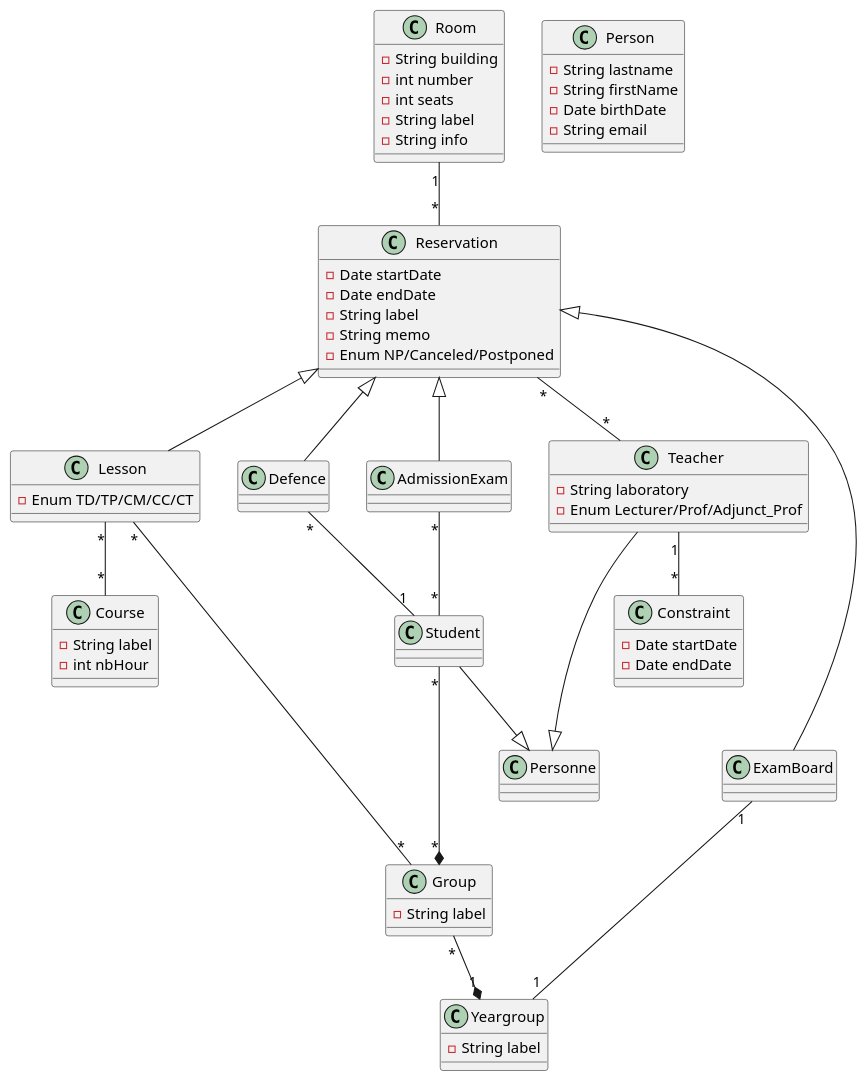
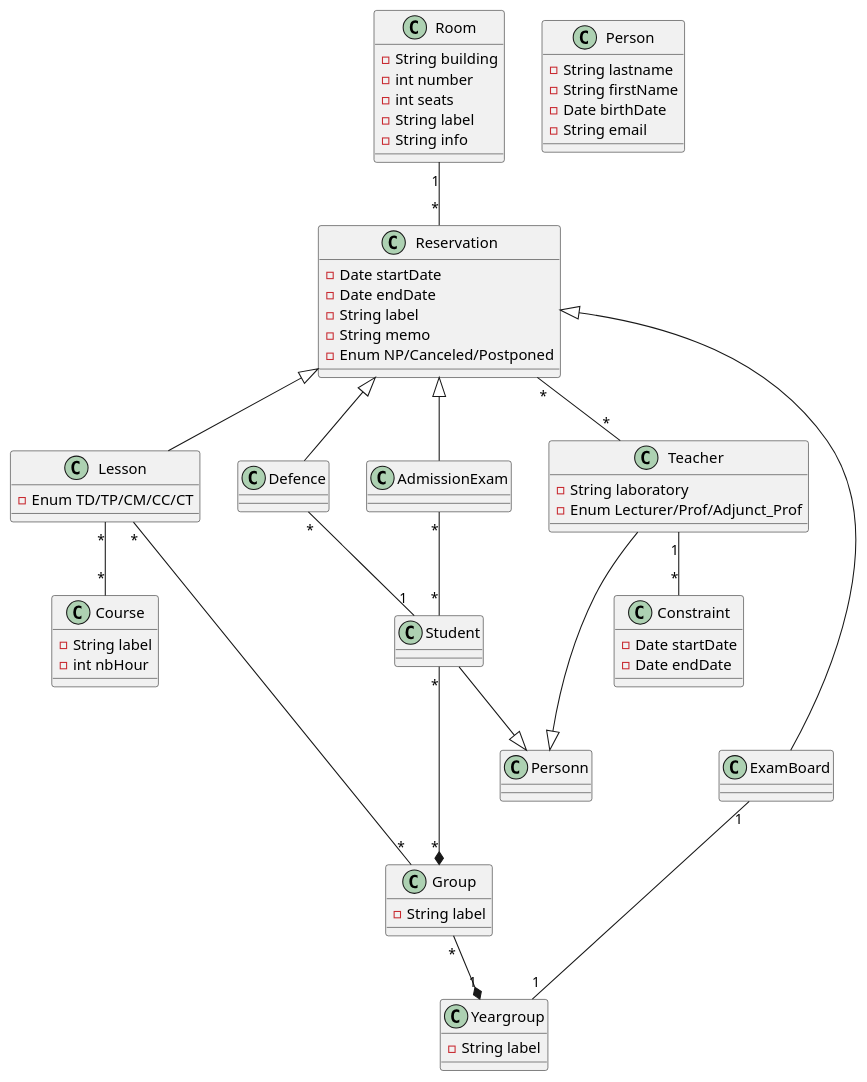
One commit to El-Sashok/UltraPlanning changed the diagram in ClassDiagram.iuml. Above: the diagram before and after it, drawn with PlantUML.

```diff
--- a/ClassDiagram.iuml
+++ b/ClassDiagram.iuml
@@ -1,91 +1,91 @@
 @startuml
 
 class Room {
     -String building
     -int number
     -int seats
     -String label
     -String info
 }
 
 class Lesson {
     -Enum TD/TP/CM/CC/CT
 }
 
 class Person {
     -String lastname
     -String firstName
     -Date birthDate
     -String email
 }
 
 class Yeargroup {
     -String label
 }
 
 class Course {
     -String label
     -int nbHour
 }
 
 class Constraint {
     -Date startDate
     -Date endDate
 }
 
 class Group {
     -String label
 }
 
 class Student
 
 class Teacher {
     -String laboratory
     -Enum Lecturer/Prof/Adjunct_Prof
 }
 
 class Reservation {
     -Date startDate
     -Date endDate
     -String label
     -String memo
     -Enum NP/Canceled/Postponed
 }
 
 class ExamBoard
 
 class AdmissionExam 
 
 Room "1" -- "*" Reservation
 
 Student "*" --* "*" Group
 
 Group "*" --* "1" Yeargroup 
 
 Lesson "*" ---- "*" Group
 
 Lesson "*" -- "*" Course
 
 Teacher "1" -- "*" Constraint
 
 Lesson -up-|> Reservation
 
 Defence -up-|> Reservation
 
 ExamBoard -up-|> Reservation
 
 AdmissionExam -up-|> Reservation
 
-Student --|> Personne
+Student --|> Personn
 
-Teacher --|> Personne
+Teacher --|> Personn
 
 AdmissionExam "*" -- "*" Student
 
 Reservation "*" -- "*" Teacher
 
 ExamBoard "1" -- "1" Yeargroup
 
 Defence "*" -- "1" Student
 
 @enduml
```
